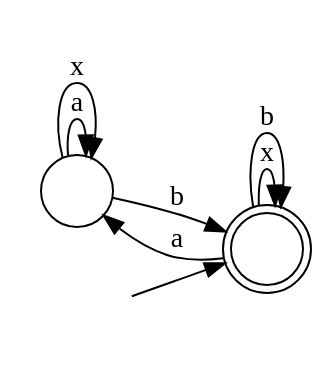
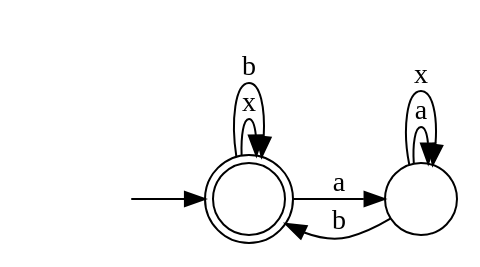
The diagram in re-ltlf-fsa/automata/Response_a__b_.dot (cdc08x/MINERful), drawn with Graphviz before and after one commit. The commit also changed 29 other files, not shown here.

```diff
--- a/re-ltlf-fsa/automata/Response_a__b_.dot
+++ b/re-ltlf-fsa/automata/Response_a__b_.dot
@@ -1,13 +1,13 @@
 digraph Automaton {
   rankdir = LR;
-  0 [shape=circle,label=""];
-  0 -> 0 [label="a"]
+  0 [shape=doublecircle,label=""];
+  initial [shape=plaintext,label=""];
+  initial -> 0
+  0 -> 1 [label="a"]
   0 -> 0 [label="x"]
-  0 -> 1 [label="b"]
-  1 [shape=doublecircle,label=""];
-  initial [shape=plaintext,label=""];
-  initial -> 1
-  1 -> 0 [label="a"]
+  0 -> 0 [label="b"]
+  1 [shape=circle,label=""];
+  1 -> 1 [label="a"]
   1 -> 1 [label="x"]
-  1 -> 1 [label="b"]
+  1 -> 0 [label="b"]
 }
```
